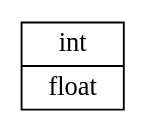
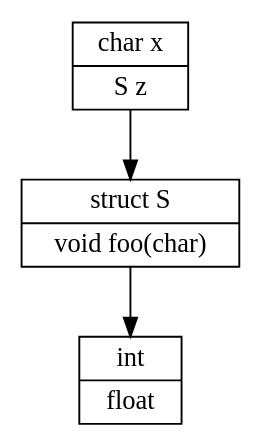
Before and after one commit to andyjsiegel/CSC-453: the diagram in Assignments/Assignment 5/andy_siegel/problem_3.gv, drawn with Graphviz. The commit also changed 111 other files, not shown here.

```diff
--- a/Assignments/Assignment 5/andy_siegel/problem_3.gv
+++ b/Assignments/Assignment 5/andy_siegel/problem_3.gv
@@ -1,8 +1,21 @@
 /* Compile with 'dot -Tpng graph.gv > graph.png' */
 
-digraph problem2 { 
+digraph problem3 { 
    standard [
       shape="record"; 
       label="{int | float}";
    ];
+
+   sytab2 [
+      shape="record"; 
+      label="{char x | S z}";
+   ];
+
+   sytab1 [
+      shape="record"; 
+      label="{struct S | void foo(char)}";
+   ];
+
+   sytab2 -> sytab1
+   sytab1 -> standard
 }
```
